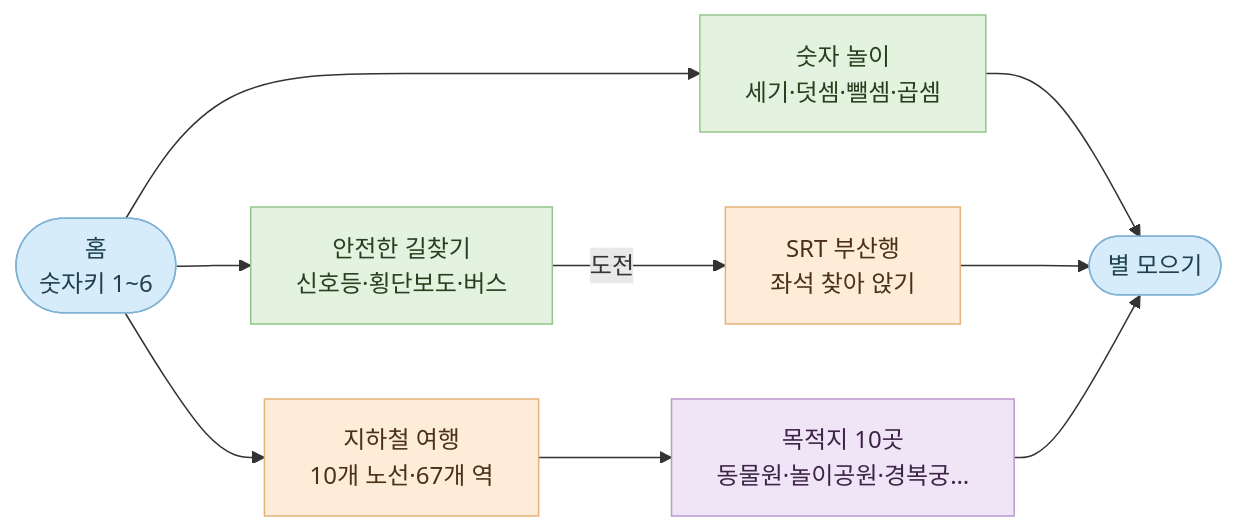
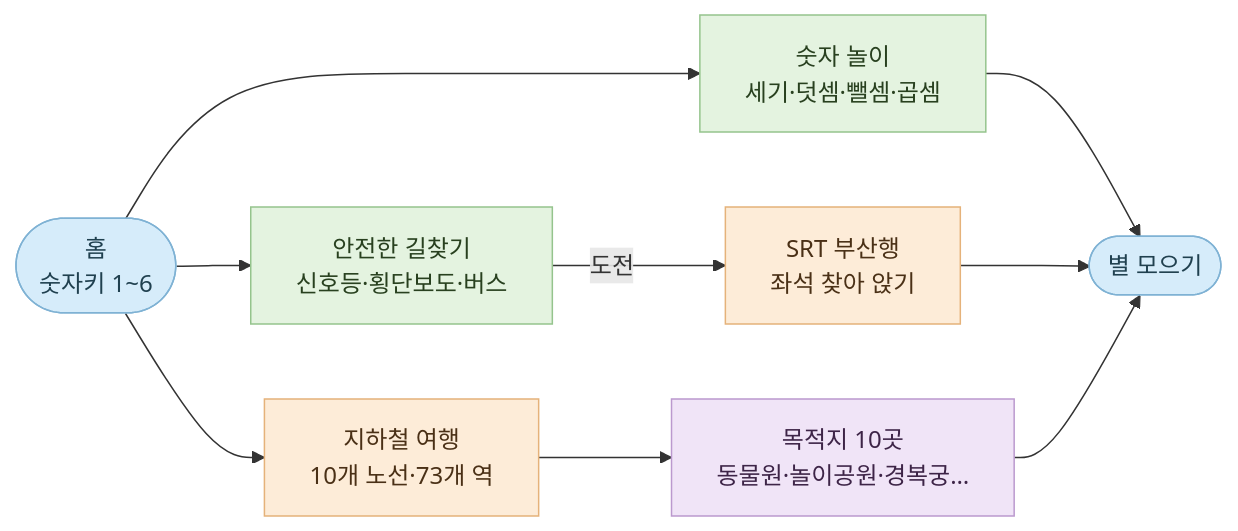
One commit to bliss-forge/numberblocks-grandprix-preview changed the diagram in README.md. Above: the diagram before and after it, drawn with Mermaid. The commit also changed other lines of this file and 12 other files, not shown here.

````diff
--- a/README.md
+++ b/README.md
@@ -58,20 +58,20 @@
 ```mermaid
 flowchart LR
     home([홈<br/>숫자키 1~6]) --> math[숫자 놀이<br/>세기·덧셈·뺄셈·곱셈]
     home --> safety[안전한 길찾기<br/>신호등·횡단보도·버스]
-    home --> subway[지하철 여행<br/>10개 노선·67개 역]
+    home --> subway[지하철 여행<br/>10개 노선·73개 역]
     safety -->|도전| srt[SRT 부산행<br/>좌석 찾아 앉기]
     subway --> place[목적지 10곳<br/>동물원·놀이공원·경복궁…]
     math --> star([별 모으기])
     srt --> star
     place --> star
 
     classDef hub fill:#D6ECFA,stroke:#7FB2D4,color:#20404F
     classDef lesson fill:#E4F3E0,stroke:#95C48D,color:#28401F
     classDef ride fill:#FDECD8,stroke:#E5B27A,color:#4A3016
     classDef prize fill:#F0E4F7,stroke:#BB99CE,color:#3D2447
     class home,star hub
     class math,safety lesson
     class subway,srt ride
     class place prize
 ```
````
